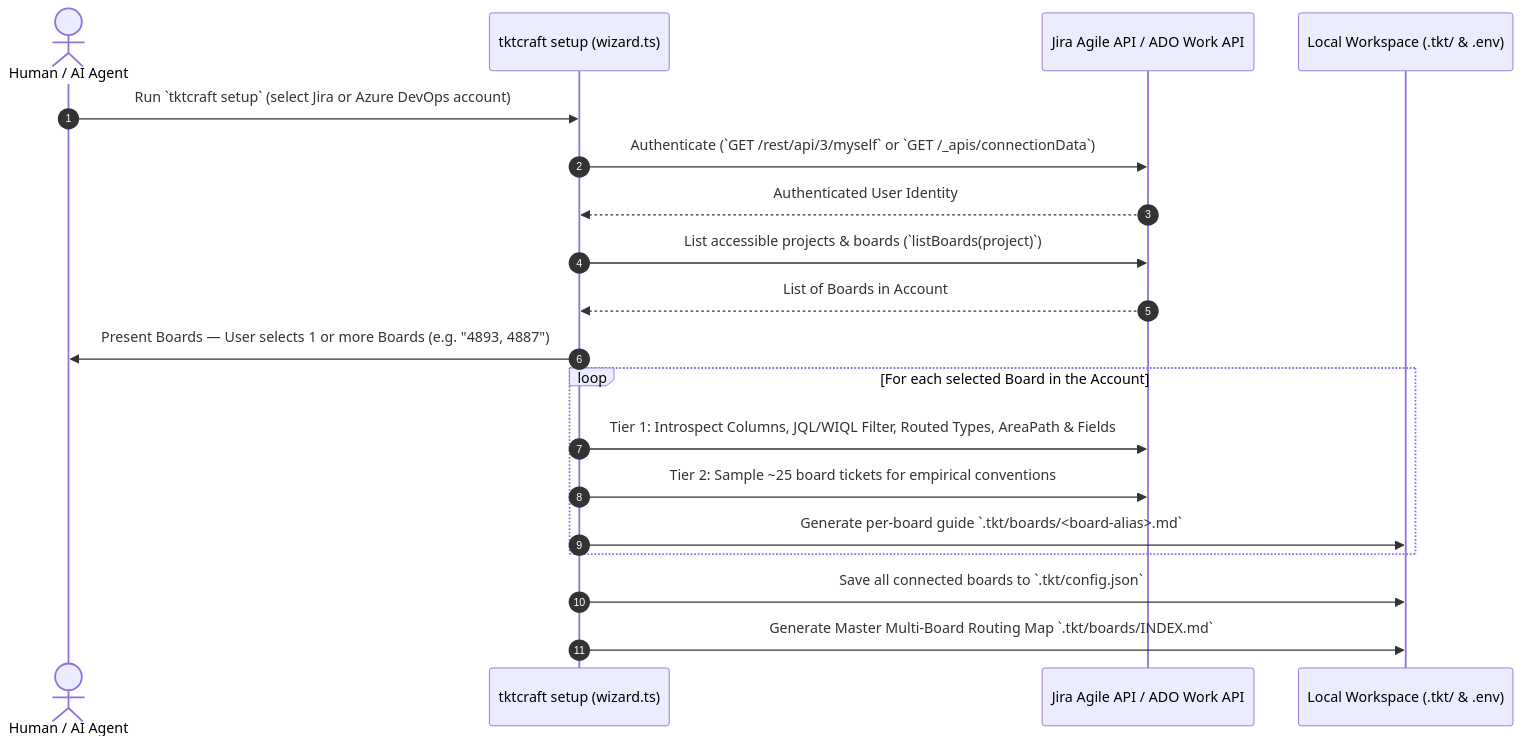
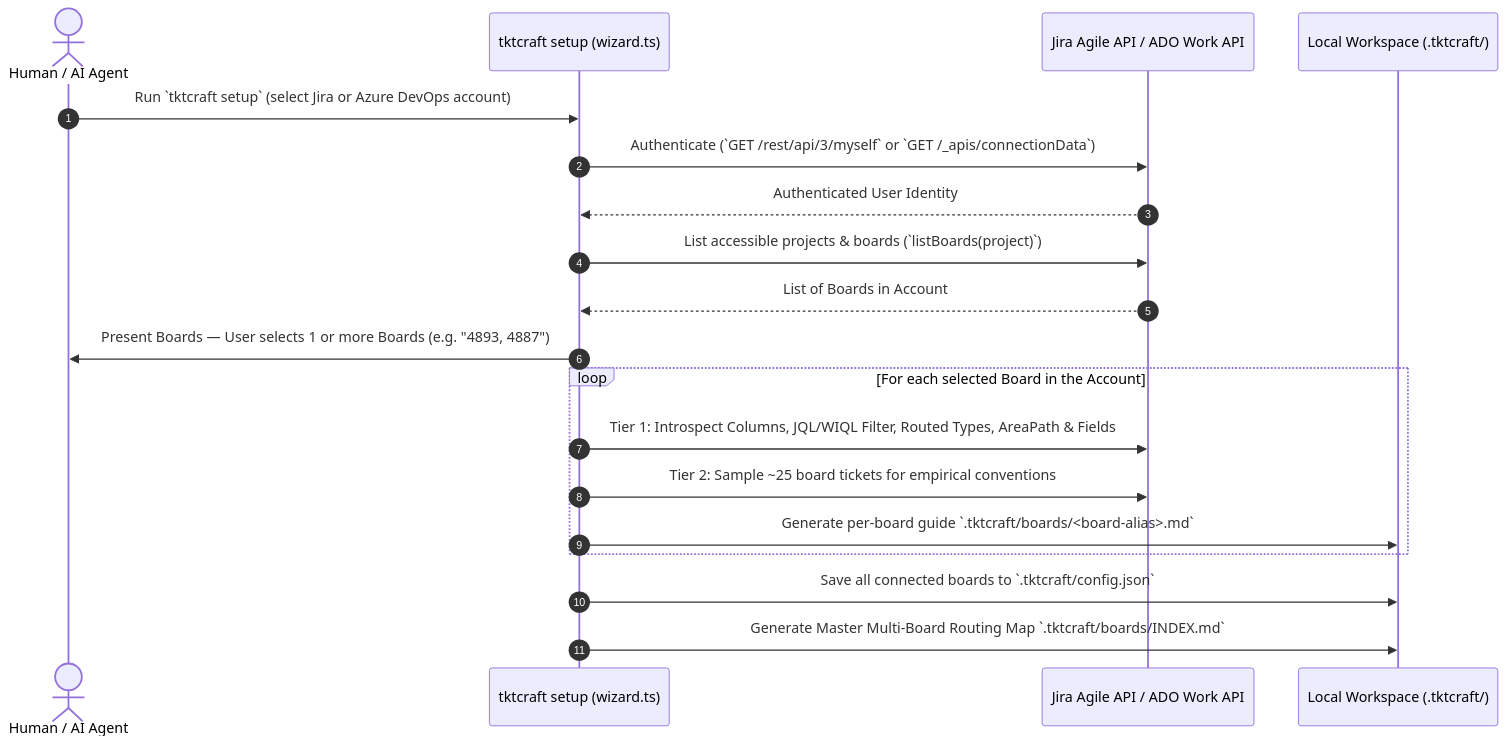
Before and after one commit to sandrinio/tktcraft: the third of 4 diagrams in ARCHITECTURE.md, drawn with Mermaid. The commit also changed other lines of this file and 35 other files, not shown here.

````diff
--- a/ARCHITECTURE.md
+++ b/ARCHITECTURE.md
@@ -167,22 +167,22 @@
 ```mermaid
 sequenceDiagram
     autonumber
     actor User as Human / AI Agent
     participant Wizard as tktcraft setup (wizard.ts)
     participant API as Jira Agile API / ADO Work API
-    participant Disk as Local Workspace (.tkt/ & .env)
+    participant Disk as Local Workspace (.tktcraft/)
 
     User->>Wizard: Run `tktcraft setup` (select Jira or Azure DevOps account)
     Wizard->>API: Authenticate (`GET /rest/api/3/myself` or `GET /_apis/connectionData`)
     API-->>Wizard: Authenticated User Identity
     Wizard->>API: List accessible projects & boards (`listBoards(project)`)
     API-->>Wizard: List of Boards in Account
     Wizard->>User: Present Boards — User selects 1 or more Boards (e.g. "4893, 4887")
     loop For each selected Board in the Account
         Wizard->>API: Tier 1: Introspect Columns, JQL/WIQL Filter, Routed Types, AreaPath & Fields
         Wizard->>API: Tier 2: Sample ~25 board tickets for empirical conventions
-        Wizard->>Disk: Generate per-board guide `.tkt/boards/<board-alias>.md`
+        Wizard->>Disk: Generate per-board guide `.tktcraft/boards/<board-alias>.md`
     end
-    Wizard->>Disk: Save all connected boards to `.tkt/config.json`
-    Wizard->>Disk: Generate Master Multi-Board Routing Map `.tkt/boards/INDEX.md`
+    Wizard->>Disk: Save all connected boards to `.tktcraft/config.json`
+    Wizard->>Disk: Generate Master Multi-Board Routing Map `.tktcraft/boards/INDEX.md`
 ```
````
